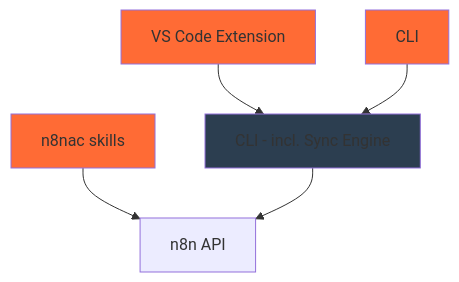
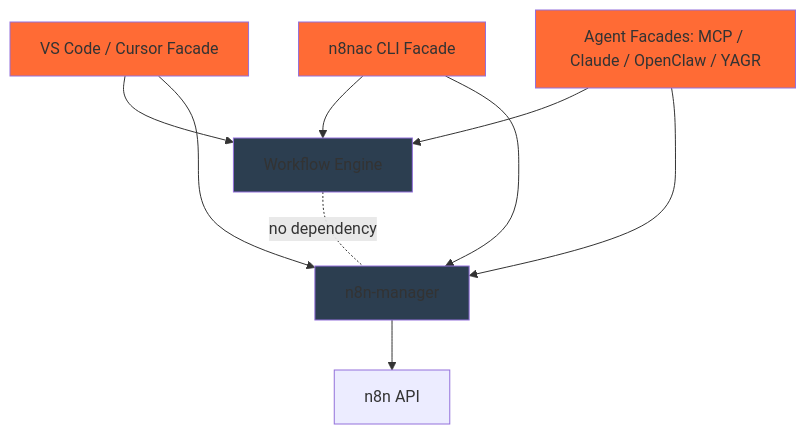
The first of 3 diagrams in docs/docs/contribution/architecture.md (EtienneLescot/n8n-as-code), drawn with Mermaid before and after one commit. The commit also changed other lines of this file and 2 other files, not shown here.

Commit message:
Document facade orchestration architecture

````diff
--- a/docs/docs/contribution/architecture.md
+++ b/docs/docs/contribution/architecture.md
@@ -26,12 +57,17 @@
 ```mermaid
 graph TD
-    A[VS Code Extension] --> B[CLI - incl. Sync Engine]
-    C[CLI] --> B
-    D[n8nac skills] --> E[n8n API]
-    B --> E
+    A[VS Code / Cursor Facade] --> W[Workflow Engine]
+    C[n8nac CLI Facade] --> W
+    D[Agent Facades: MCP / Claude / OpenClaw / YAGR] --> W
+    A --> M[n8n-manager]
+    C --> M
+    D --> M
+    W -. no dependency .- M
+    M --> E[n8n API]
     
     style A fill:#ff6b35
     style C fill:#ff6b35
     style D fill:#ff6b35
-    style B fill:#2c3e50
+    style W fill:#2c3e50
+    style M fill:#2c3e50
 ```
````
